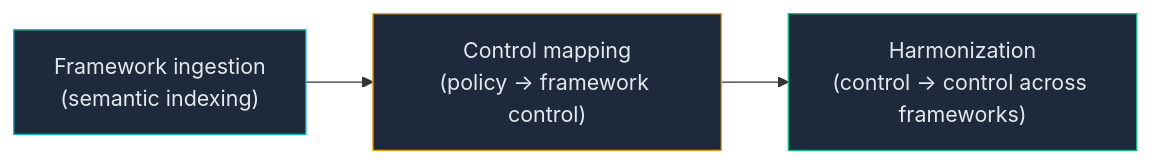
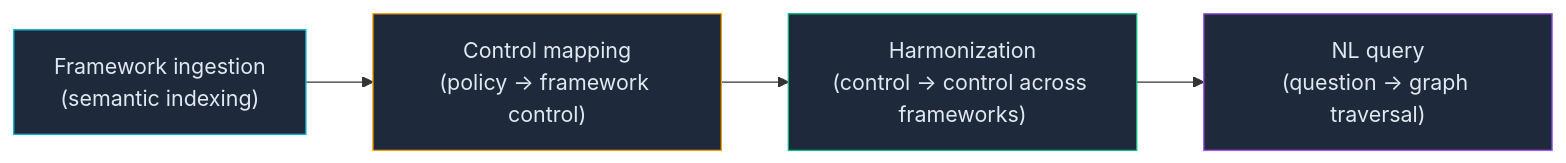
One commit to JoshDoesIT/Lemma changed the first of 2 diagrams in docs/concepts/ai.md. Above: the diagram before and after it, drawn with Mermaid. The commit also changed other lines of this file and 11 other files, not shown here.

First line of the commit message:
feat(query): Add lemma query for natural-language graph queries (#107)

````diff
--- a/docs/concepts/ai.md
+++ b/docs/concepts/ai.md
@@ -9,8 +9,9 @@
 ```mermaid
 flowchart LR
-    A["Framework ingestion<br/>(semantic indexing)"] --> B["Control mapping<br/>(policy → framework control)"] --> C["Harmonization<br/>(control → control across frameworks)"]
+    A["Framework ingestion<br/>(semantic indexing)"] --> B["Control mapping<br/>(policy → framework control)"] --> C["Harmonization<br/>(control → control across frameworks)"] --> D["NL query<br/>(question → graph traversal)"]
 
     style A fill:#1e293b,stroke:#06b6d4,color:#e2e8f0
     style B fill:#1e293b,stroke:#f59e0b,color:#e2e8f0
     style C fill:#1e293b,stroke:#10b981,color:#e2e8f0
+    style D fill:#1e293b,stroke:#a855f7,color:#e2e8f0
 ```
````
